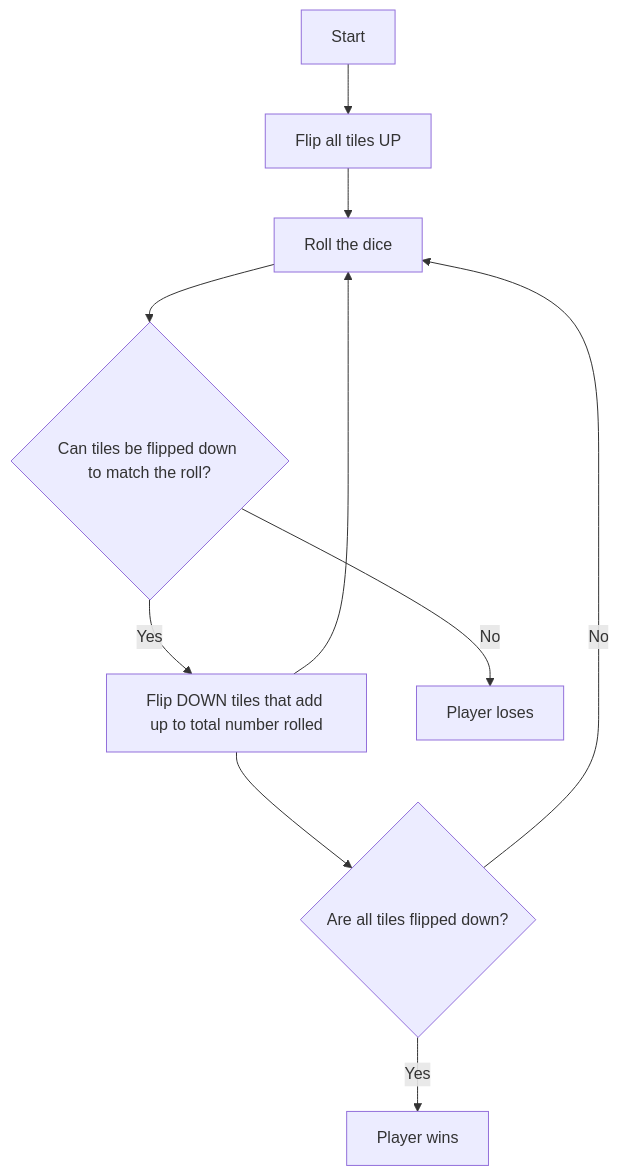
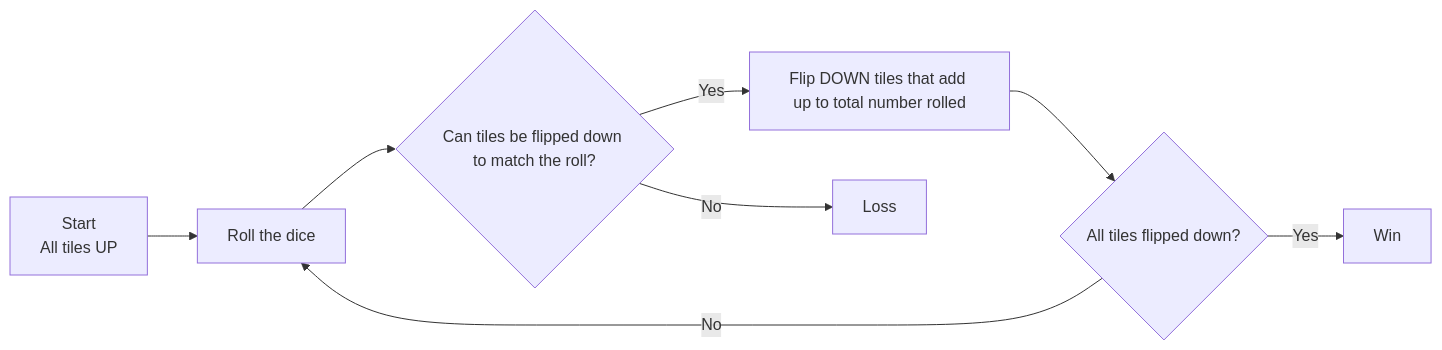
Before and after one commit to mampersat/shut_the_box: the diagram in README.md, drawn with Mermaid. The commit also changed other lines of this file, not shown here.

Commit message:
licensing for real this time, instructions flow chart simplified

````diff
--- a/README.md
+++ b/README.md
@@ -13,12 +13,11 @@
 ```mermaid
-flowchart TD
-    A[Start] --> B[Flip all tiles UP]
-    B --> C[Roll the dice]
+flowchart LR
+    A[Start<br>All tiles UP] 
+    A --> C[Roll the dice]
     C --> D{Can tiles be flipped down to match the roll?}
     D -->|Yes| E[Flip DOWN tiles that add up to total number rolled]
-    E --> C
-    D -->|No| F[Player loses]
-    E --> G{Are all tiles flipped down?}
-    G -->|Yes| H[Player wins]
+    E --> G{All tiles flipped down?}
+    G -->|Yes| H[Win]
     G -->|No| C
+    D -->|No| F[Loss]
 ```
````
